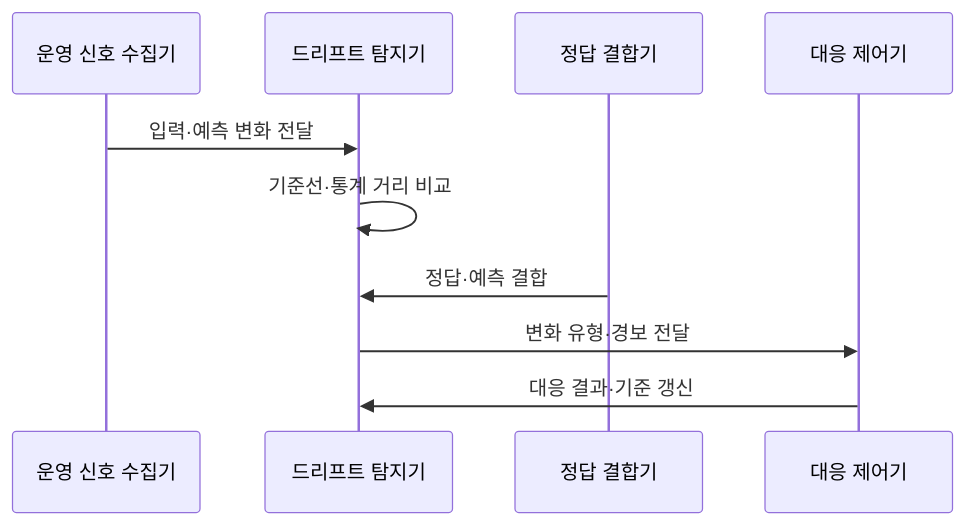
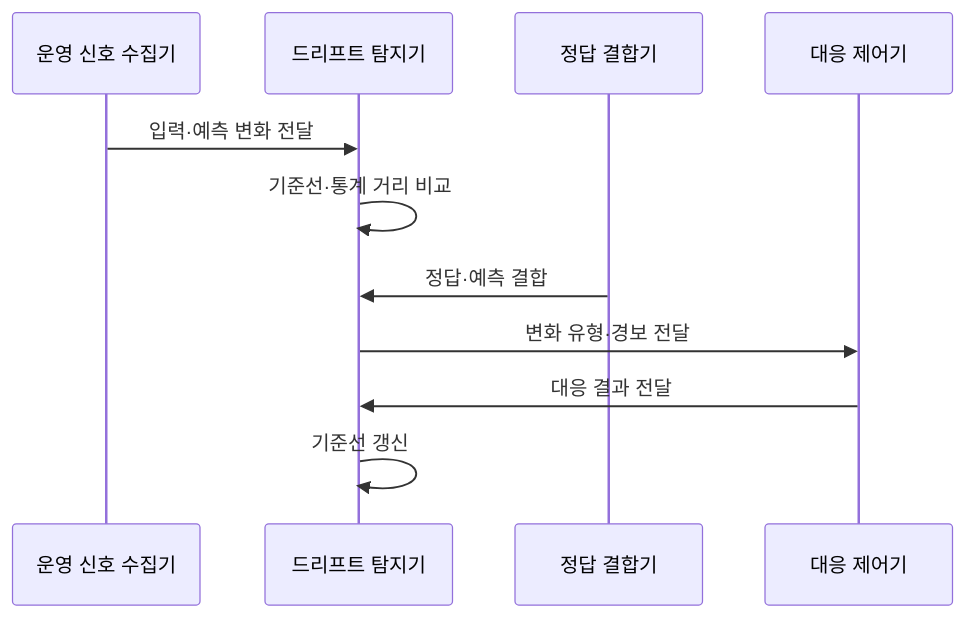
Before and after one commit to agnusdei1207/knowledge-base: the second of 2 diagrams in src/content/docs/notes/03-software/206_model_monitoring_drift_detection.md, drawn with Mermaid. The commit also changed other lines of this file and 27 other files, not shown here.

````diff
--- a/src/content/docs/notes/03-software/206_model_monitoring_drift_detection.md
+++ b/src/content/docs/notes/03-software/206_model_monitoring_drift_detection.md
@@ -81,12 +81,13 @@
 ```mermaid
 sequenceDiagram
     participant O as 운영 신호 수집기
     participant D as 드리프트 탐지기
     participant L as 정답 결합기
     participant R as 대응 제어기
     O->>D: 입력·예측 변화 전달
     D->>D: 기준선·통계 거리 비교
     L->>D: 정답·예측 결합
     D->>R: 변화 유형·경보 전달
-    R->>D: 대응 결과·기준 갱신
+    R->>D: 대응 결과 전달
+    D->>D: 기준선 갱신
 ```
````
